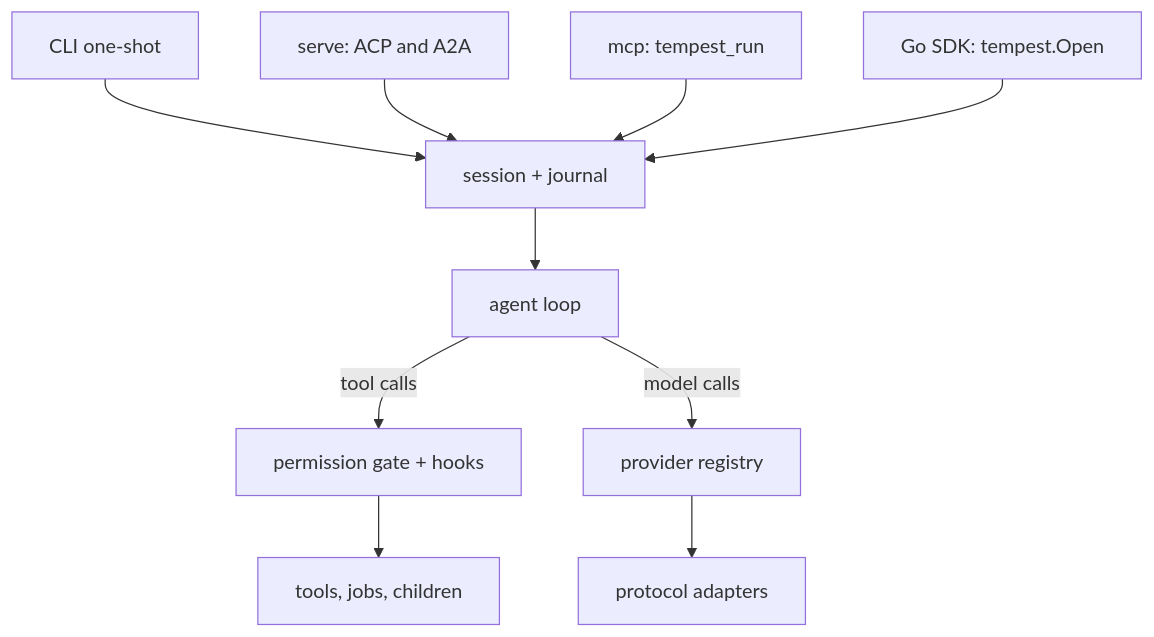
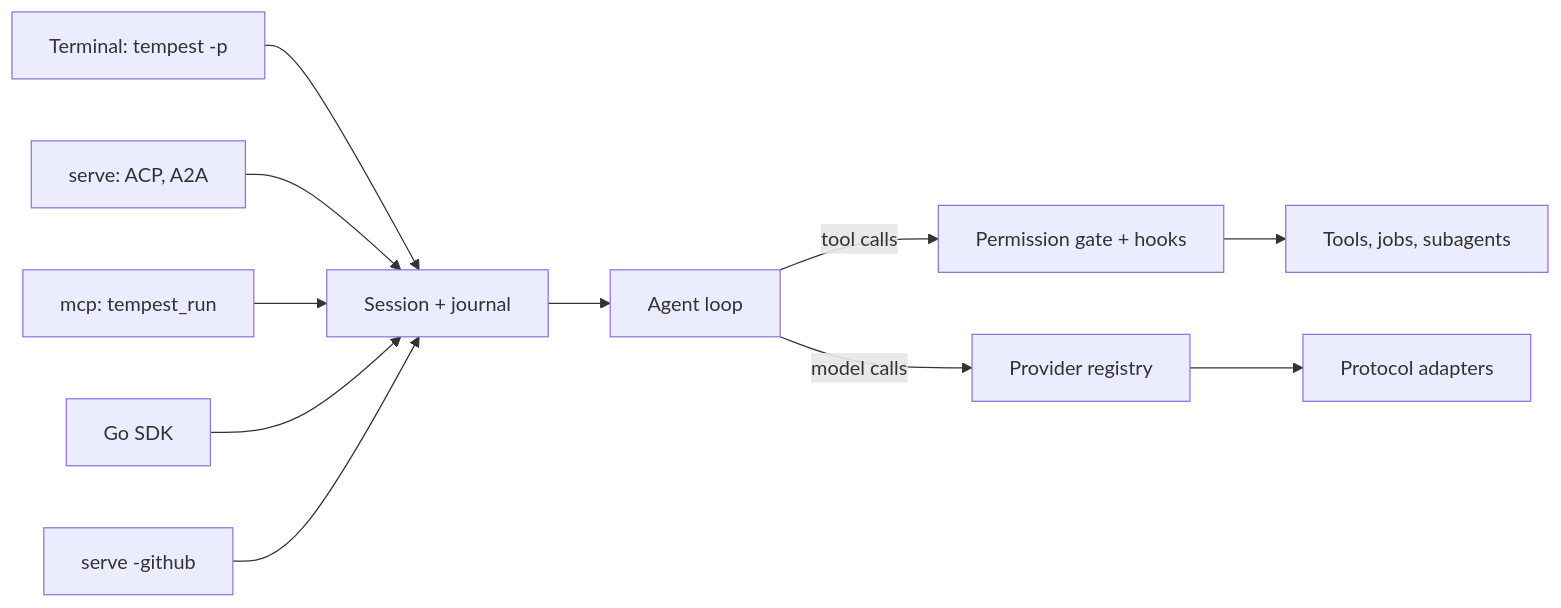
Before and after one commit to parthshr370/tempest: the first of 3 diagrams in README.md, drawn with Mermaid. The commit also changed other lines of this file and 54 other files, not shown here.

First line of the commit message:
Close the release-review gaps: loopback serve rebinding, resume model, git guard, background children, truncated replies; rewrite the README (#49)

````diff
--- a/README.md
+++ b/README.md
@@ -52,12 +71,13 @@
 ```mermaid
-flowchart TD
-  CLI["CLI one-shot"] --> S["session + journal"]
-  ACP["serve: ACP and A2A"] --> S
+flowchart LR
+  CLI["Terminal: tempest -p"] --> S["Session + journal"]
+  SRV["serve: ACP, A2A"] --> S
   MCP["mcp: tempest_run"] --> S
-  SDK["Go SDK: tempest.Open"] --> S
-  S --> L["agent loop"]
-  L -->|tool calls| G["permission gate + hooks"]
-  G --> T["tools, jobs, children"]
-  L -->|model calls| P["provider registry"]
-  P --> A["protocol adapters"]
+  SDK["Go SDK"] --> S
+  GH["serve -github"] --> S
+  S --> L["Agent loop"]
+  L -->|tool calls| G["Permission gate + hooks"]
+  G --> T["Tools, jobs, subagents"]
+  L -->|model calls| P["Provider registry"]
+  P --> A["Protocol adapters"]
 ```
````
